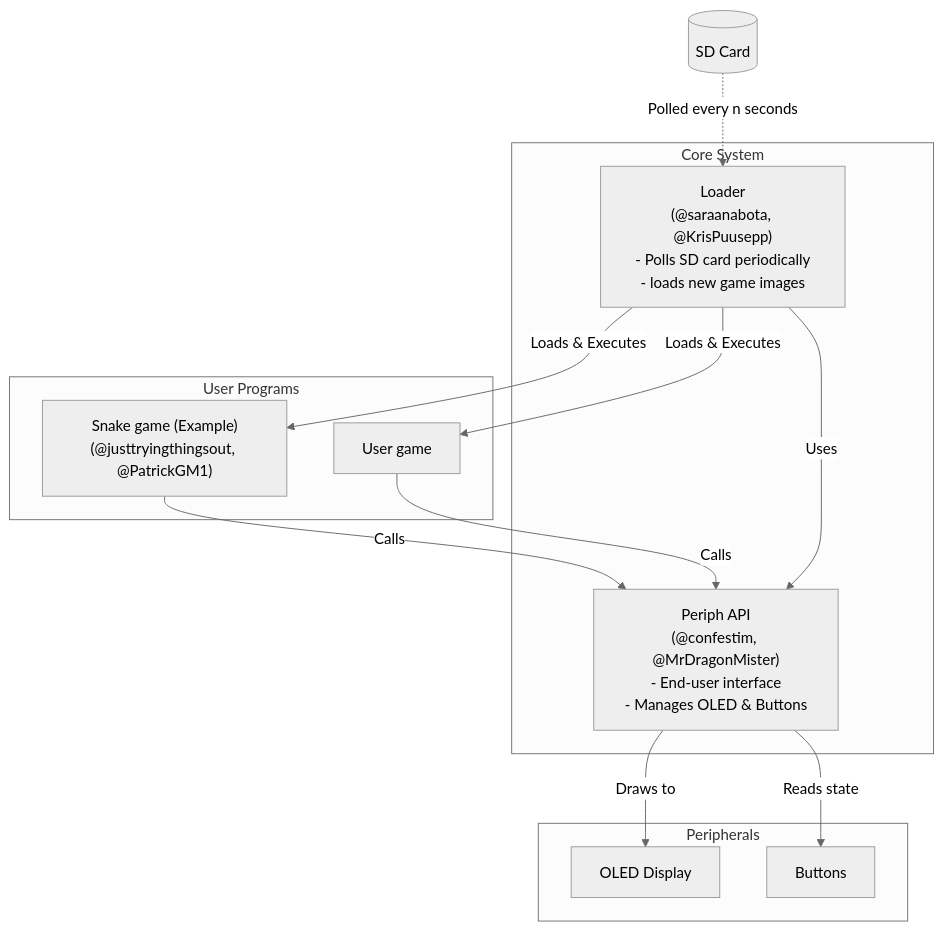
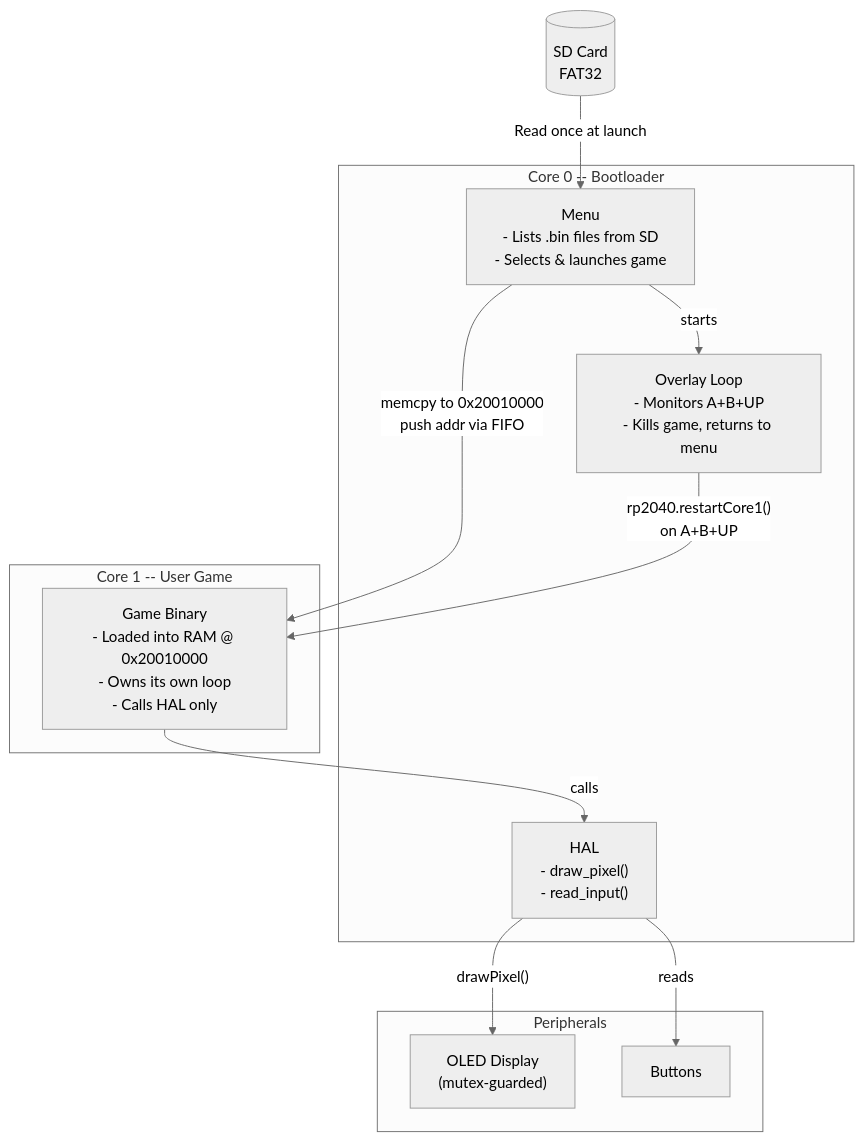
The diagram in README.md (CircuitReeRUG/game_console), drawn with Mermaid (neutral theme) before and after one commit.

Commit message:
update diagram

````diff
--- a/README.md
+++ b/README.md
@@ -6,31 +6,27 @@
 ```mermaid
 flowchart TD
-    SD[(SD Card)]
+    SD[(SD Card\nFAT32)]
 
-    subgraph System ["Core System"]
-        Loader["Loader<br/>(@saraanabota, @KrisPuusepp)<br/>- Polls SD card periodically<br/>- loads new game images"]
-        PeriphAPI["Periph API<br/>(@confestim, @MrDragonMister)<br/>- End-user interface<br/>- Manages OLED & Buttons"]
+    subgraph Core0 ["Core 0 -- Bootloader"]
+        Menu["Menu\n- Lists .bin files from SD\n- Selects & launches game"]
+        Overlay["Overlay Loop\n- Monitors A+B+UP\n- Kills game, returns to menu"]
+        HAL["HAL\n- draw_pixel()\n- read_input()"]
     end
 
-    subgraph UserSpace ["User Programs"]
-        Snake["Snake game (Example)<br/>(@justtryingthingsout, @PatrickGM1)"]
-        OtherGames["User game"]
+    subgraph Core1 ["Core 1 -- User Game"]
+        Game["Game Binary\n- Loaded into RAM @ 0x20010000\n- Owns its own loop\n- Calls HAL only"]
     end
 
     subgraph Hardware ["Peripherals"]
-        OLED[OLED Display]
+        OLED["OLED Display\n(mutex-guarded)"]
         BTN[Buttons]
     end
 
-    SD -.->|Polled every n seconds| Loader
-    Loader -->|Loads & Executes| Snake
-    Loader -->|Loads & Executes| OtherGames
-    
-    Snake -->|Calls| PeriphAPI
-    OtherGames -->|Calls| PeriphAPI
-    
-    Loader -->|Uses| PeriphAPI
-    
-    PeriphAPI -->|Draws to| OLED
-    PeriphAPI -->|Reads state| BTN
+    SD -->|"Read once at launch"| Menu
+    Menu -->|"memcpy to 0x20010000\npush addr via FIFO"| Game
+    Menu -->|"starts"| Overlay
+    Overlay -->|"rp2040.restartCore1()\non A+B+UP"| Game
+    Game -->|"calls"| HAL
+    HAL -->|"drawPixel()"| OLED
+    HAL -->|"reads"| BTN
 ```
````
